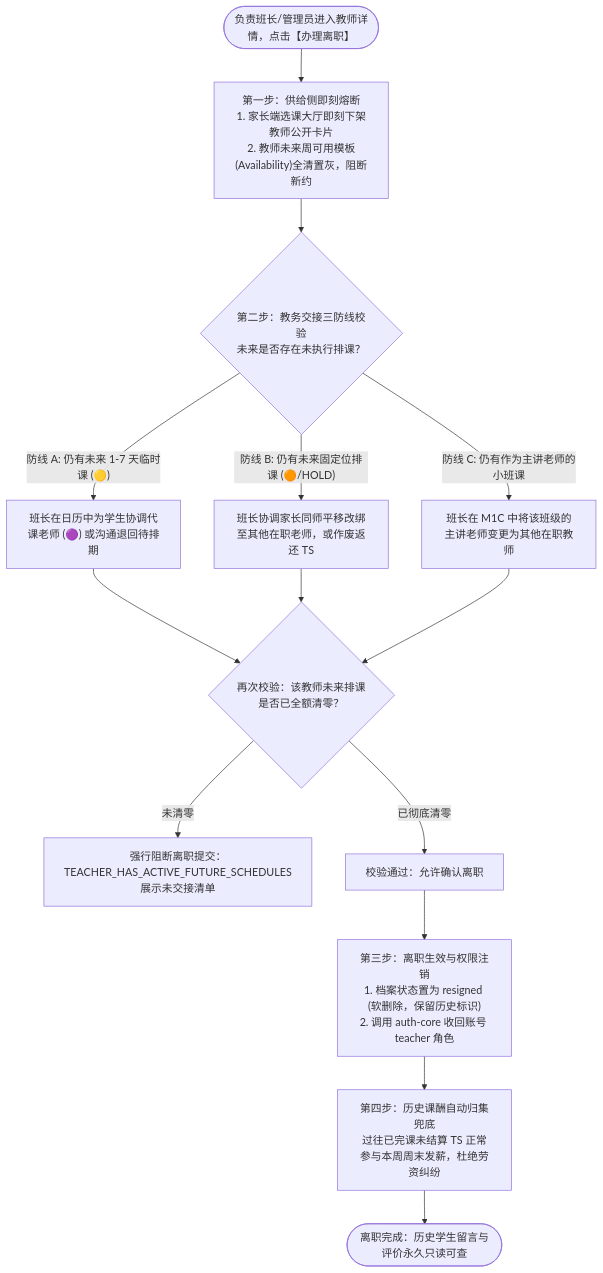
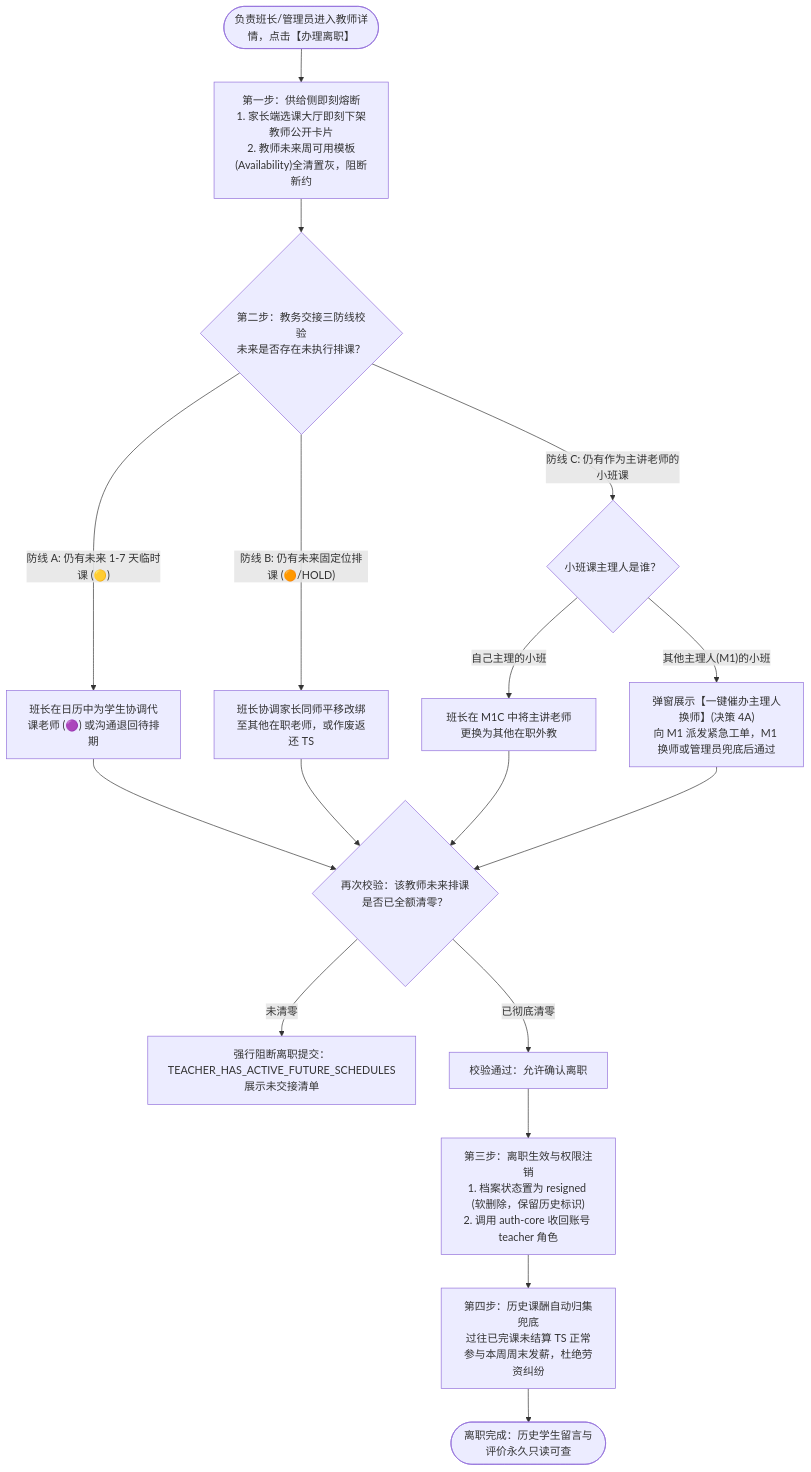
Before and after one commit to Onezao/dream: the fifth of 6 diagrams in docs/prd/m1b_teacher_profile.md, drawn with Mermaid. The commit also changed other lines of this file and 32 other files, not shown here.

````diff
--- a/docs/prd/m1b_teacher_profile.md
+++ b/docs/prd/m1b_teacher_profile.md
@@ -155,18 +155,20 @@
 ```mermaid
 flowchart TD
     Start(["负责班长/管理员进入教师详情，点击【办理离职】"]) --> DisallowNew["第一步：供给侧即刻熔断\n1. 家长端选课大厅即刻下架教师公开卡片\n2. 教师未来周可用模板(Availability)全清置灰，阻断新约"]
     
     DisallowNew --> CheckSchedules{"第二步：教务交接三防线校验\n未来是否存在未执行排课？"}
     
     CheckSchedules -->|"防线 A: 仍有未来 1-7 天临时课 (🟡)"| ResolveA["班长在日历中为学生协调代课老师 (🟣) 或沟通退回待排期"]
     CheckSchedules -->|"防线 B: 仍有未来固定位排课 (🟠/HOLD)"| ResolveB["班长协调家长同师平移改绑至其他在职老师，或作废返还 TS"]
-    CheckSchedules -->|"防线 C: 仍有作为主讲老师的小班课"| ResolveC["班长在 M1C 中将该班级的主讲老师变更为其他在职教师"]
+    CheckSchedules -->|"防线 C: 仍有作为主讲老师的小班课"| CheckOwner{"小班课主理人是谁？"}
+    CheckOwner -->|"自己主理的小班"| SelfChange["班长在 M1C 中将主讲老师更换为其他在职外教"]
+    CheckOwner -->|"其他主理人(M1)的小班"| CollabChange["弹窗展示【一键催办主理人换师】(决策 4A)\n向 M1 派发紧急工单，M1 换师或管理员兜底后通过"]
     
-    ResolveA & ResolveB & ResolveC --> Recheck{"再次校验：该教师未来排课是否已全额清零？"}
+    ResolveA & ResolveB & SelfChange & CollabChange --> Recheck{"再次校验：该教师未来排课是否已全额清零？"}
     Recheck -->|"未清零"| BlockSubmit["强行阻断离职提交：TEACHER_HAS_ACTIVE_FUTURE_SCHEDULES\n展示未交接清单"]
     Recheck -->|"已彻底清零"| PassInspection["校验通过：允许确认离职"]
     
     PassInspection --> ExecDismiss["第三步：离职生效与权限注销\n1. 档案状态置为 resigned (软删除，保留历史标识)\n2. 调用 auth-core 收回账号 teacher 角色"]
     ExecDismiss --> SettlePayroll["第四步：历史课酬自动归集兜底\n过往已完课未结算 TS 正常参与本周周末发薪，杜绝劳资纠纷"]
     SettlePayroll --> Done(["离职完成：历史学生留言与评价永久只读可查"])
 ```
````
